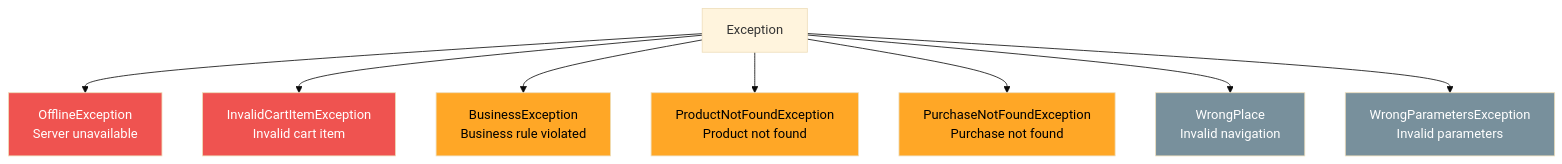
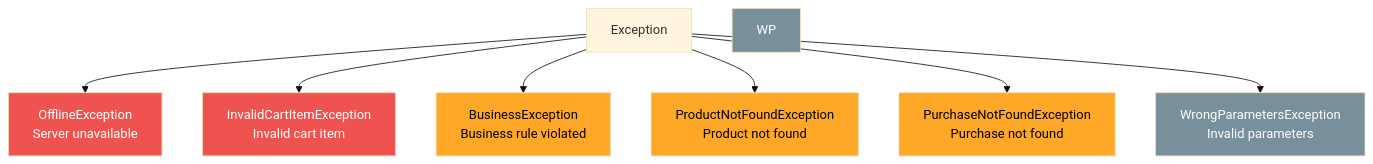
One commit to mrcdom/wdc-cube-kotlin changed the eighth of 10 diagrams in docs/architecture.md. Above: the diagram before and after it, drawn with Mermaid (base theme). The commit also changed other lines of this file and 18 other files, not shown here.

````diff
--- a/docs/architecture.md
+++ b/docs/architecture.md
@@ -428,19 +428,18 @@
 ```mermaid
 graph TB
     EX[Exception]
     EX --> OE[OfflineException<br/>Server unavailable]
     EX --> ICE[InvalidCartItemException<br/>Invalid cart item]
     EX --> BE[BusinessException<br/>Business rule violated]
     EX --> PNF[ProductNotFoundException<br/>Product not found]
     EX --> PUNF[PurchaseNotFoundException<br/>Purchase not found]
-    EX --> WP[WrongPlace<br/>Invalid navigation]
     EX --> WPE[WrongParametersException<br/>Invalid parameters]
 
     style OE fill:#ef5350,color:#fff
     style ICE fill:#ef5350,color:#fff
     style BE fill:#ffa726,color:#000
     style PNF fill:#ffa726,color:#000
     style PUNF fill:#ffa726,color:#000
     style WP fill:#78909c,color:#fff
     style WPE fill:#78909c,color:#fff
 ```
````
